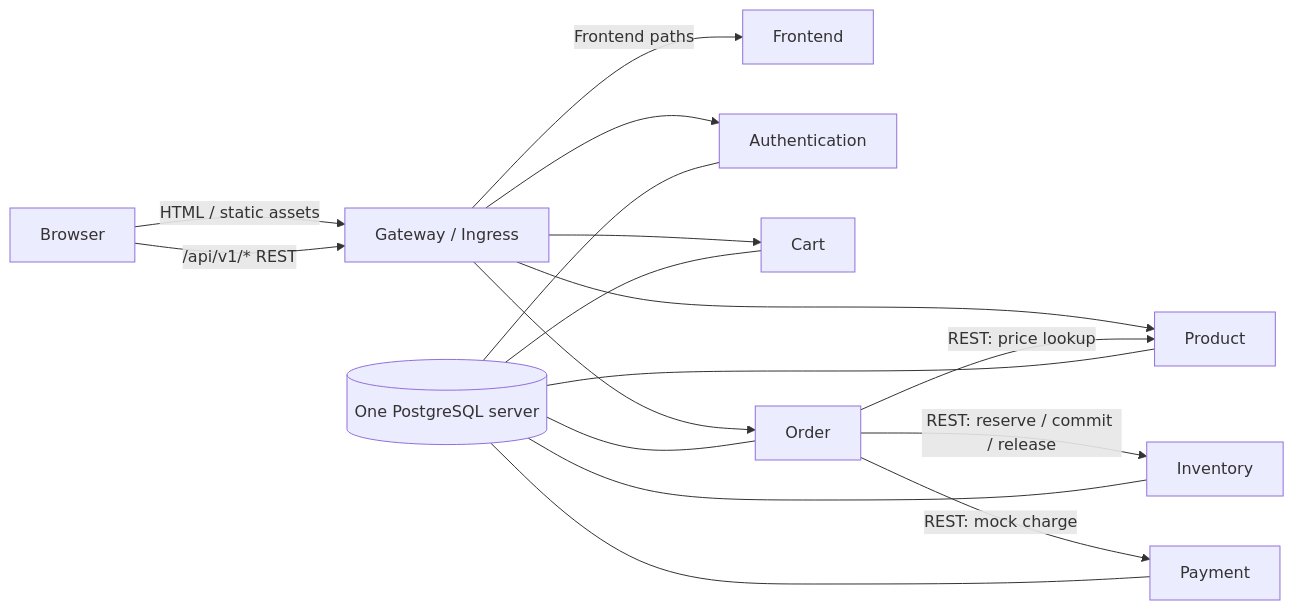
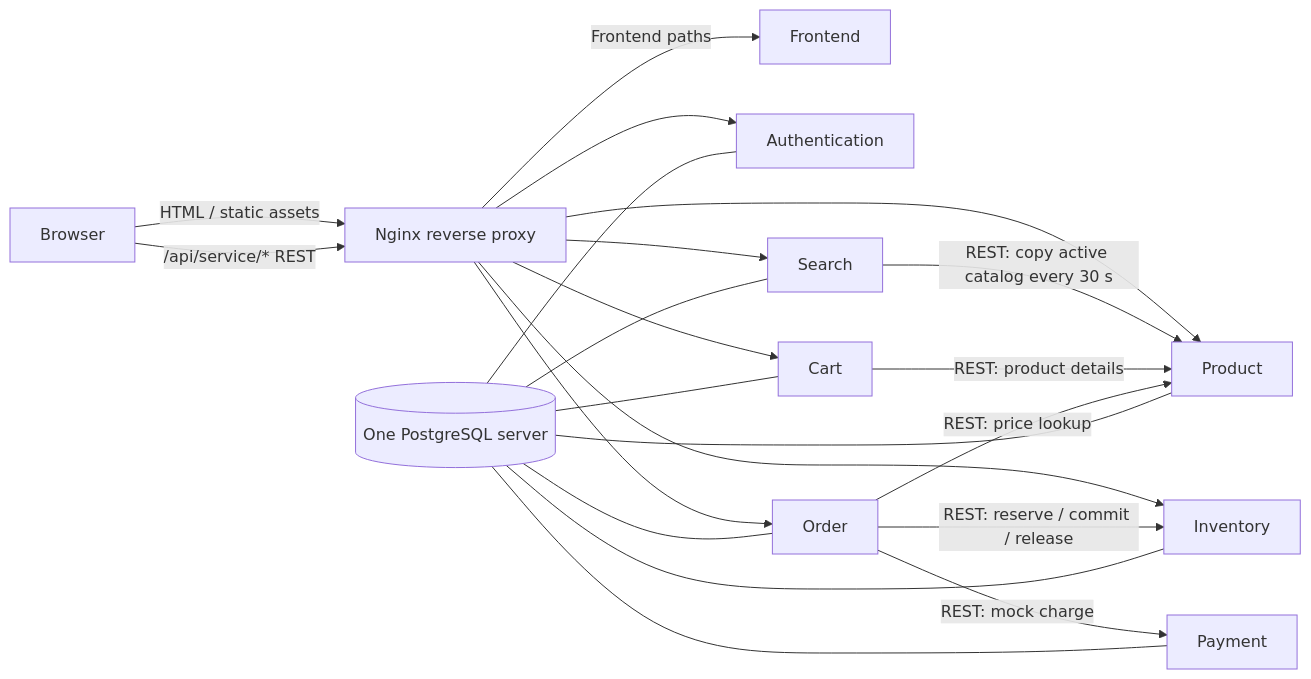
The diagram in docs/architecture/overview.md (DevOps-Depi-Project/Automated-E-Commerce-Platform), drawn with Mermaid before and after one commit. The commit also changed other lines of this file and 42 other files, not shown here.

````diff
--- a/docs/architecture/overview.md
+++ b/docs/architecture/overview.md
@@ -19,19 +13,24 @@
 ```mermaid
 flowchart LR
-  B[Browser] -->|HTML / static assets| GW[Gateway / Ingress]
+  B[Browser] -->|HTML / static assets| GW[Nginx reverse proxy]
   GW -->|Frontend paths| F[Frontend]
-  B -->|/api/v1/* REST| GW
+  B -->|/api/service/* REST| GW
   GW --> A[Authentication]
   GW --> P[Product]
   GW --> C[Cart]
   GW --> O[Order]
+  GW --> S[Search]
+  GW --> I
+  S -->|REST: copy active catalog every 30 s| P
+  C -->|REST: product details| P
   O -->|REST: price lookup| P
   O -->|REST: reserve / commit / release| I[Inventory]
   O -->|REST: mock charge| Pay[Payment]
   DB[(One PostgreSQL server)] --- A
   DB --- P
   DB --- C
   DB --- I
   DB --- O
+  DB --- S
   DB --- Pay
 ```
````
